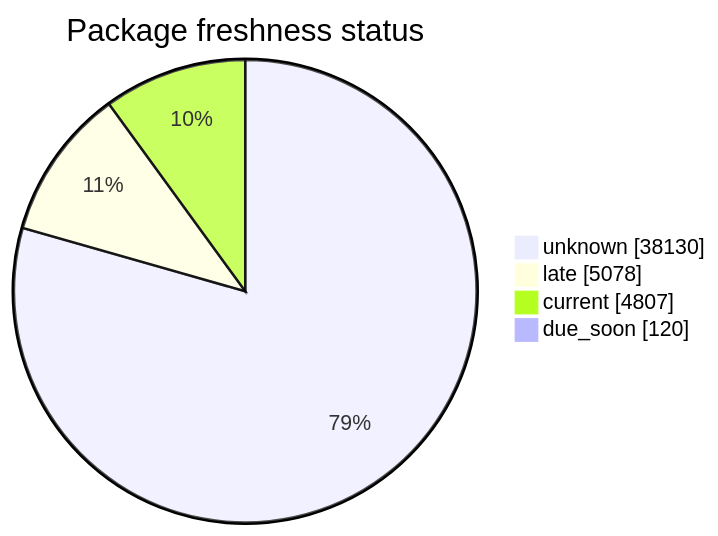
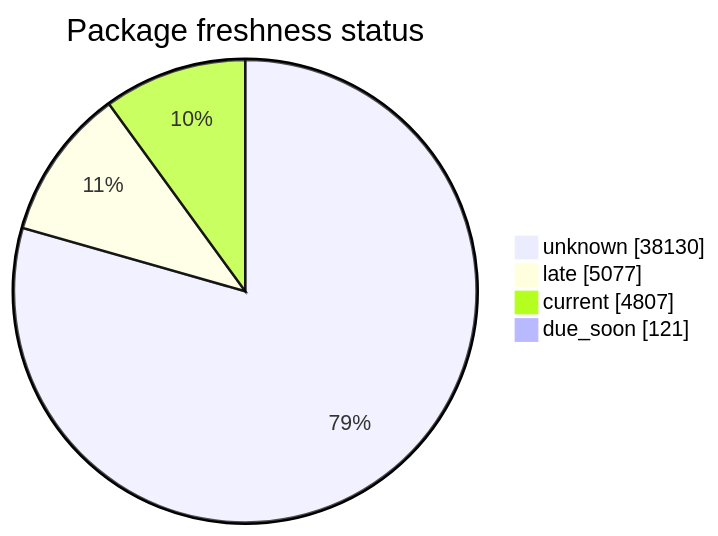
Before and after one commit to open-data/analytics-corporate-reporting: the second of 5 diagrams in FreshCheck/README.md, drawn with Mermaid. The commit also changed other lines of this file and 3 other files, not shown here.

````diff
--- a/FreshCheck/README.md
+++ b/FreshCheck/README.md
@@ -68,7 +68,7 @@
 ```mermaid
 pie showData title Package freshness status
     "unknown": 38130
-    "late": 5078
+    "late": 5077
     "current": 4807
-    "due_soon": 120
+    "due_soon": 121
 ```
````
